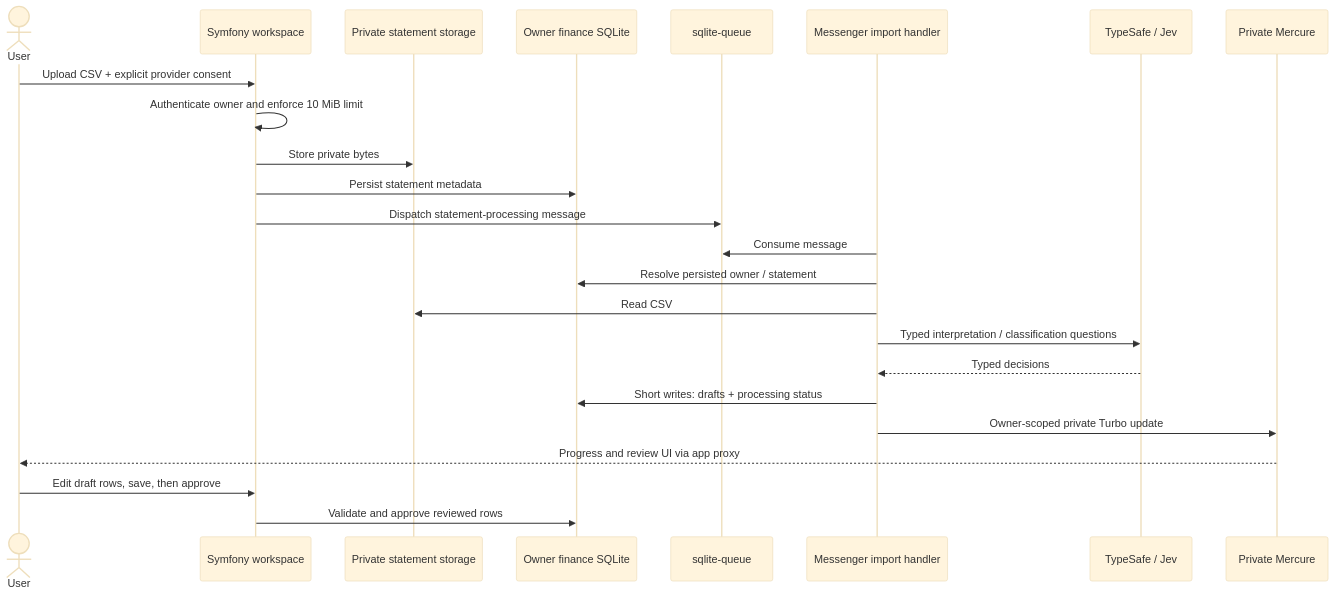
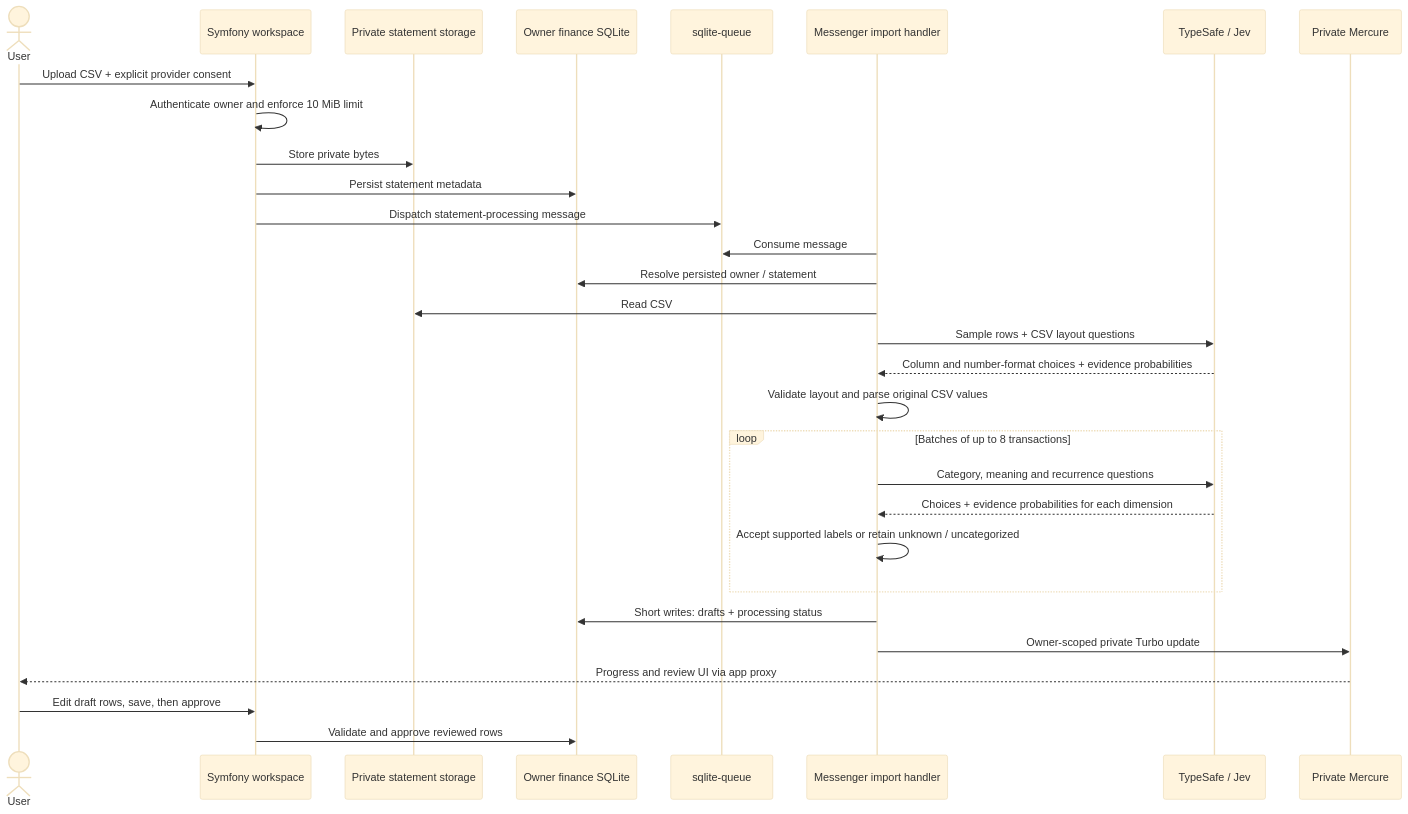
One commit to ineersa/personal-finance-agent changed the second of 6 diagrams in ARCHITECTURE.md. Above: the diagram before and after it, drawn with Mermaid (base theme). The commit also changed other lines of this file, not shown here.

````diff
--- a/ARCHITECTURE.md
+++ b/ARCHITECTURE.md
@@ -51,26 +51,32 @@
 ```mermaid
 sequenceDiagram
     actor User
     participant Web as Symfony workspace
     participant Disk as Private statement storage
     participant Finance as Owner finance SQLite
     participant Broker as sqlite-queue
     participant Worker as Messenger import handler
     participant Jev as TypeSafe / Jev
     participant Hub as Private Mercure
     User->>Web: Upload CSV + explicit provider consent
     Web->>Web: Authenticate owner and enforce 10 MiB limit
     Web->>Disk: Store private bytes
     Web->>Finance: Persist statement metadata
     Web->>Broker: Dispatch statement-processing message
     Worker->>Broker: Consume message
     Worker->>Finance: Resolve persisted owner / statement
     Worker->>Disk: Read CSV
-    Worker->>Jev: Typed interpretation / classification questions
-    Jev-->>Worker: Typed decisions
+    Worker->>Jev: Sample rows + CSV layout questions
+    Jev-->>Worker: Column and number-format choices + evidence probabilities
+    Worker->>Worker: Validate layout and parse original CSV values
+    loop Batches of up to 8 transactions
+        Worker->>Jev: Category, meaning and recurrence questions
+        Jev-->>Worker: Choices + evidence probabilities for each dimension
+        Worker->>Worker: Accept supported labels or retain unknown / uncategorized
+    end
     Worker->>Finance: Short writes: drafts + processing status
     Worker->>Hub: Owner-scoped private Turbo update
     Hub-->>User: Progress and review UI via app proxy
     User->>Web: Edit draft rows, save, then approve
     Web->>Finance: Validate and approve reviewed rows
 ```
````
